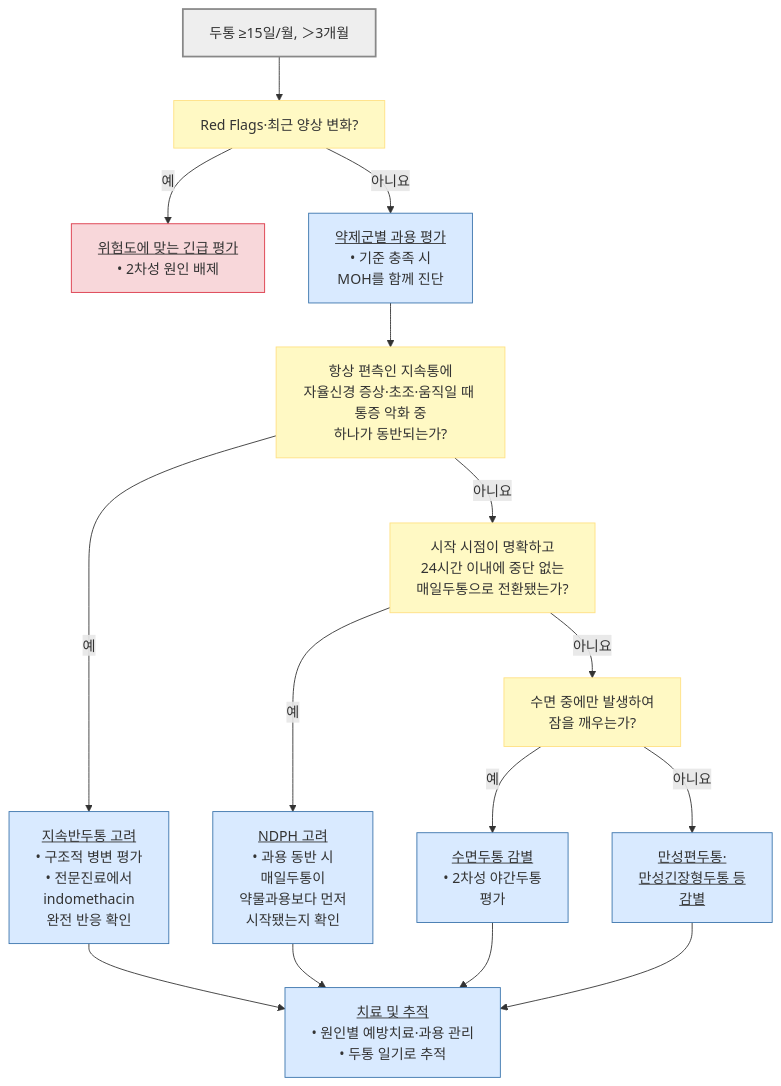
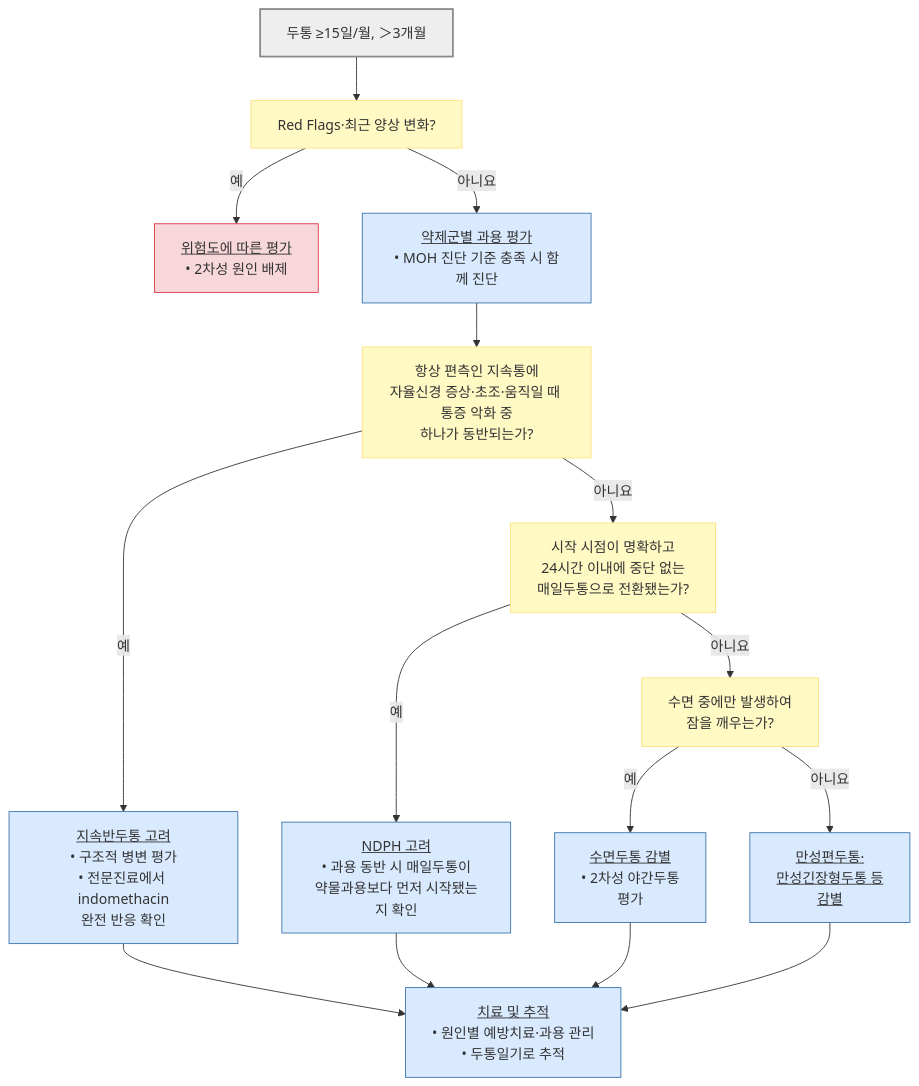
One commit to familyoh77/familyoh77 changed the diagram in 221_/018_-chronic-headache.md. Above: the diagram before and after it, drawn with Mermaid. The commit also changed other lines of this file, not shown here.

````diff
--- a/221_/018_-chronic-headache.md
+++ b/221_/018_-chronic-headache.md
@@ -45,25 +47,25 @@
 ```mermaid
 flowchart TD
     A["두통 ≥15일/월, ＞3개월"] --> B["Red Flags·최근 양상 변화?"]
-    B -- "예" --> C["<u>위험도에 맞는 긴급 평가</u><br/>• 2차성 원인 배제"]
-    B -- "아니요" --> D["<u>약제군별 과용 평가</u><br/>• 기준 충족 시 <br/>MOH를 함께 진단"]
+    B -- "예" --> C["<u>위험도에 따른 평가</u><br/>• 2차성 원인 배제"]
+    B -- "아니요" --> D["<u>약제군별 과용 평가</u><br/>• MOH 진단 기준 충족 시 함께 진단"]
     D --> E["항상 편측인 지속통에<br/>자율신경 증상·초조·움직일 때 통증 악화 중<br/>하나가 동반되는가?"]
-    E -- "예" --> F["<u>지속반두통 고려</u><br/>• 구조적 병변 평가<br/>• 전문진료에서 <br/>indomethacin <br/>완전 반응 확인"]
+    E -- "예" --> F["<u>지속반두통 고려</u><br/>• 구조적 병변 평가<br/>• 전문진료에서 indomethacin<br/>완전 반응 확인"]
     E -- "아니요" --> G["시작 시점이 명확하고<br/>24시간 이내에 중단 없는 <br/>매일두통으로 전환됐는가?"]
-    G -- "예" --> H["<u>NDPH 고려</u><br/>• 과용 동반 시 <br/>매일두통이<br/>약물과용보다 먼저 <br/>시작됐는지 확인"]
+    G -- "예" --> H["<u>NDPH 고려</u><br/>• 과용 동반 시 매일두통이<br/>약물과용보다 먼저 시작됐는지 확인"]
     G -- "아니요" --> I["수면 중에만 발생하여 <br/>잠을 깨우는가?"]
     I -- "예" --> J["<u>수면두통 감별</u><br/>• 2차성 야간두통 <br/>평가"]
     I -- "아니요" --> K["<u>만성편두통·<br/>만성긴장형두통 등 <br/>감별</u>"]
-    F --> L["<u>치료 및 추적</u><br/>• 원인별 예방치료·과용 관리<br/>• 두통 일기로 추적"]
+    F --> L["<u>치료 및 추적</u><br/>• 원인별 예방치료·과용 관리<br/>• 두통일기로 추적"]
     H --> L
     J --> L
     K --> L
     classDef start fill:#eeeeee,stroke:#888888,stroke-width:2px;
     classDef decision fill:#fff9c4,stroke:#ffe082;
     classDef emergency fill:#f8d7da,stroke:#dc3545;
     classDef care fill:#d9eaff,stroke:#3973ac;
     class A start;
     class B,E,G,I decision;
     class C emergency;
     class D,F,H,J,K,L care;
 ```
````
